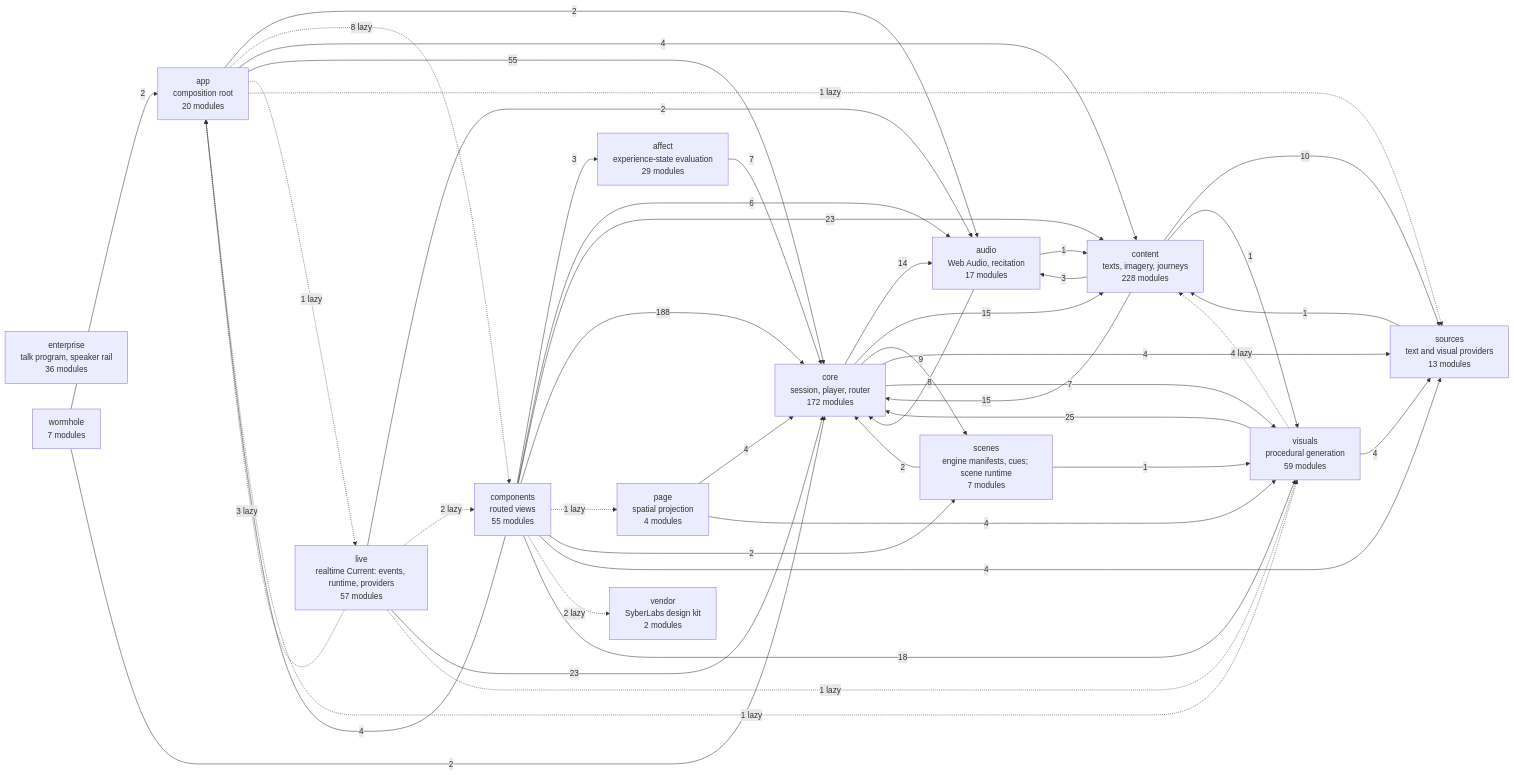
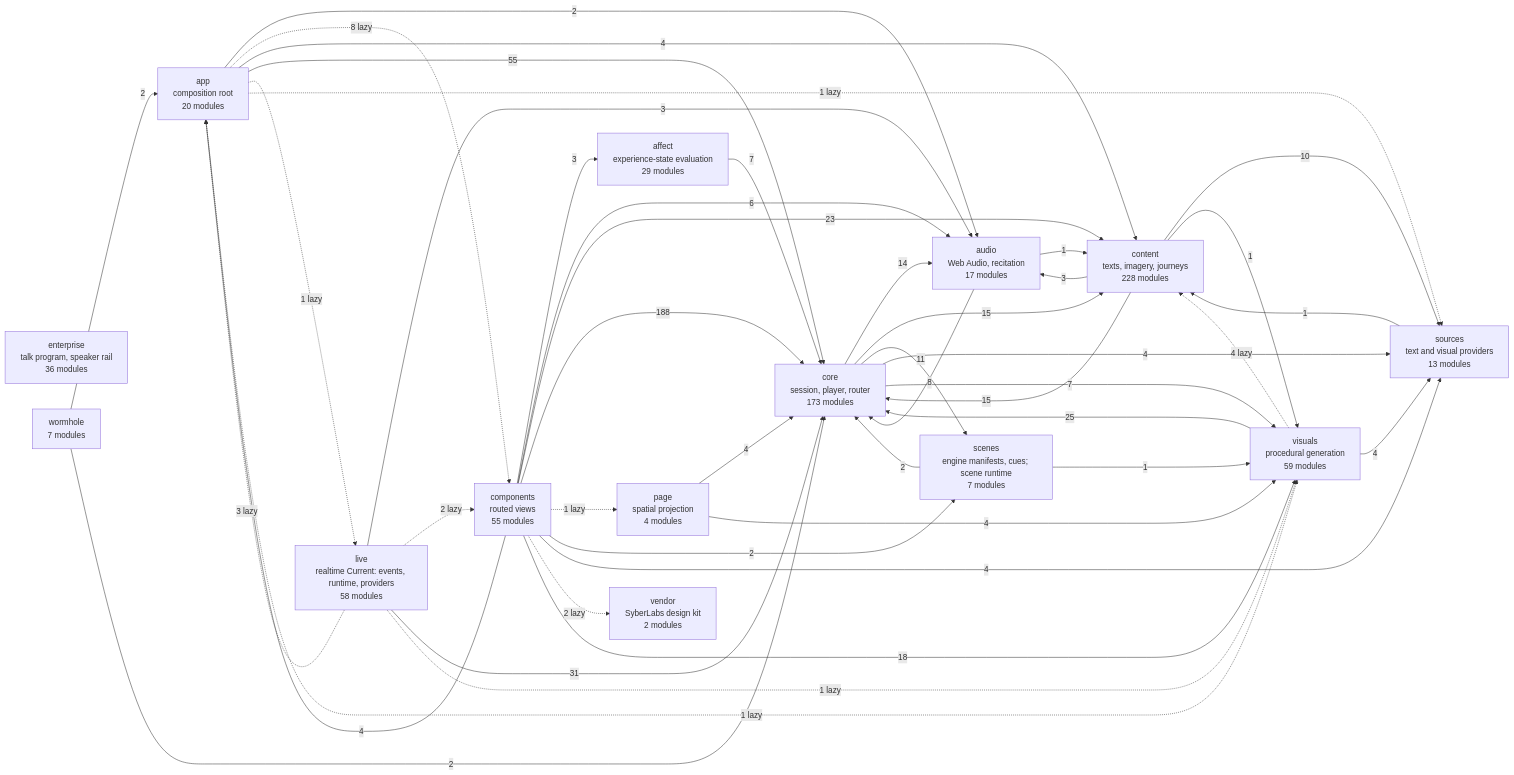
The diagram in docs/specs/ARCHITECTURE.md (SyberLabs/RISE), drawn with Mermaid before and after one commit.

Commit message:
Architecture diagram: regenerated for beats streamed

````diff
--- a/docs/specs/ARCHITECTURE.md
+++ b/docs/specs/ARCHITECTURE.md
@@ -161,62 +161,62 @@
 ```mermaid
 flowchart LR
     affect["affect<br/>experience-state evaluation<br/>29 modules"]
     app["app<br/>composition root<br/>20 modules"]
     audio["audio<br/>Web Audio, recitation<br/>17 modules"]
     components["components<br/>routed views<br/>55 modules"]
     content["content<br/>texts, imagery, journeys<br/>228 modules"]
-    core["core<br/>session, player, router<br/>172 modules"]
+    core["core<br/>session, player, router<br/>173 modules"]
     enterprise["enterprise<br/>talk program, speaker rail<br/>36 modules"]
-    live["live<br/>realtime Current: events, runtime, providers<br/>57 modules"]
+    live["live<br/>realtime Current: events, runtime, providers<br/>58 modules"]
     page["page<br/>spatial projection<br/>4 modules"]
     scenes["scenes<br/>engine manifests, cues; scene runtime<br/>7 modules"]
     sources["sources<br/>text and visual providers<br/>13 modules"]
     vendor["vendor<br/>SyberLabs design kit<br/>2 modules"]
     visuals["visuals<br/>procedural generation<br/>59 modules"]
     wormhole["wormhole<br/>7 modules"]
 
     affect --> |7| core
     app --> |2| audio
     app -.-> |8 lazy| components
     app --> |4| content
     app --> |55| core
     app -.-> |1 lazy| live
     app -.-> |1 lazy| sources
     app -.-> |1 lazy| visuals
     audio --> |1| content
     audio --> |8| core
     components --> |3| affect
     components --> |4| app
     components --> |6| audio
     components --> |23| content
     components --> |188| core
     components -.-> |1 lazy| page
     components --> |2| scenes
     components --> |4| sources
     components -.-> |2 lazy| vendor
     components --> |18| visuals
     content --> |3| audio
     content --> |15| core
     content --> |10| sources
     content --> |1| visuals
     core --> |14| audio
     core --> |15| content
-    core --> |9| scenes
+    core --> |11| scenes
     core --> |4| sources
     core --> |7| visuals
     live -.-> |3 lazy| app
-    live --> |2| audio
+    live --> |3| audio
     live -.-> |2 lazy| components
-    live --> |23| core
+    live --> |31| core
     live -.-> |1 lazy| visuals
     page --> |4| core
     page --> |4| visuals
     scenes --> |2| core
     scenes --> |1| visuals
     sources --> |1| content
     visuals -.-> |4 lazy| content
     visuals --> |25| core
     visuals --> |4| sources
     wormhole --> |2| app
     wormhole --> |2| core
 ```
````
